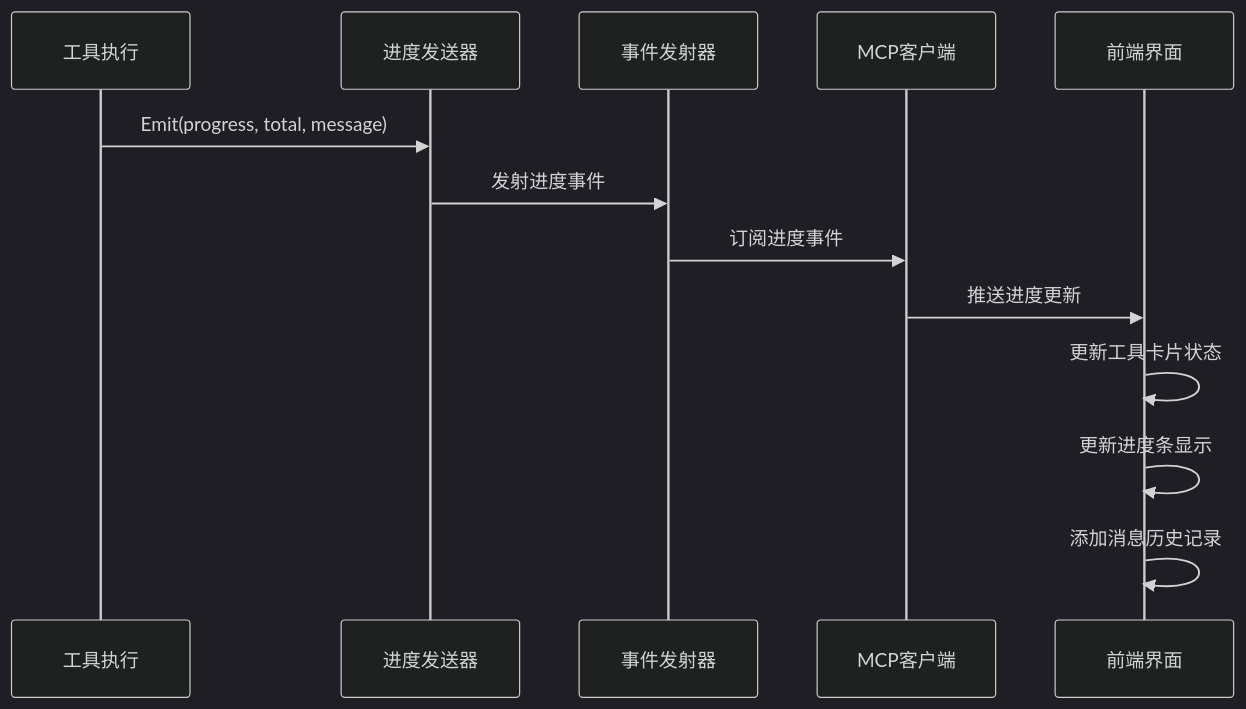
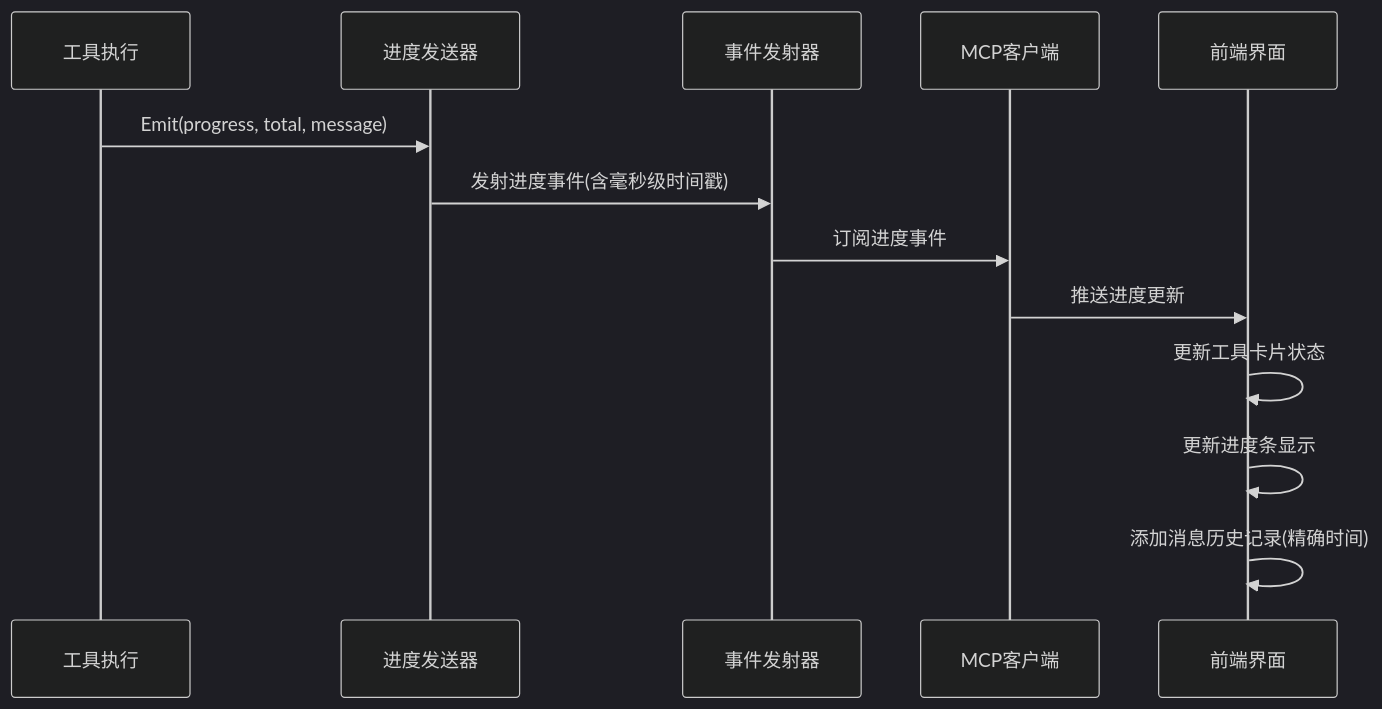
Diagram 18 of 30 in .qoder/repowiki/zh/content/AI聊天服务迁移指南.md (maomao94/zero-service), drawn with Mermaid (dark theme) before and after one commit. The commit also changed other lines of this file and 59 other files, not shown here.

````diff
--- a/.qoder/repowiki/zh/content/AI聊天服务迁移指南.md
+++ b/.qoder/repowiki/zh/content/AI聊天服务迁移指南.md
@@ -881,15 +921,15 @@
 ```mermaid
 sequenceDiagram
 participant Tool as 工具执行
 participant ProgressSender as 进度发送器
 participant EventEmitter as 事件发射器
 participant MCPClient as MCP客户端
 participant Frontend as 前端界面
 Tool->>ProgressSender : Emit(progress, total, message)
-ProgressSender->>EventEmitter : 发射进度事件
+ProgressSender->>EventEmitter : 发射进度事件(含毫秒级时间戳)
 EventEmitter->>MCPClient : 订阅进度事件
 MCPClient->>Frontend : 推送进度更新
 Frontend->>Frontend : 更新工具卡片状态
 Frontend->>Frontend : 更新进度条显示
-Frontend->>Frontend : 添加消息历史记录
+Frontend->>Frontend : 添加消息历史记录(精确时间)
 ```
````
